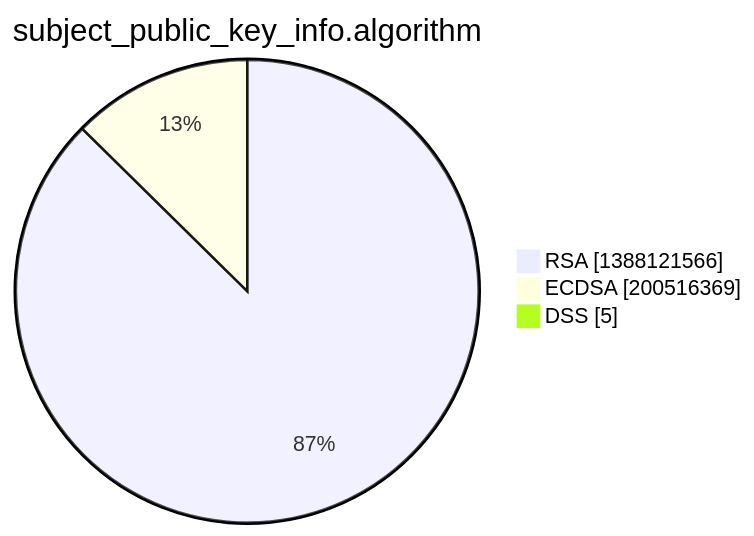
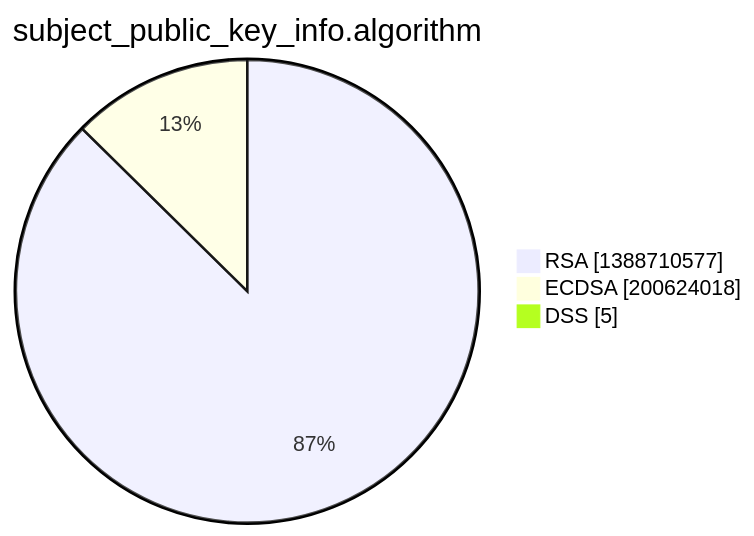
Before and after one commit to christiankrug/ctmonitor_visualization: the third of 15 diagrams in xenon2022/README.md, drawn with Mermaid. The commit also changed other lines of this file, not shown here.

````diff
--- a/xenon2022/README.md
+++ b/xenon2022/README.md
@@ -14,7 +14,7 @@
 ```mermaid
 pie showData
 title subject_public_key_info.algorithm
-"RSA" :1388121566
-"ECDSA" :200516369
+"RSA" :1388710577
+"ECDSA" :200624018
 "DSS" :5
 ```
````
